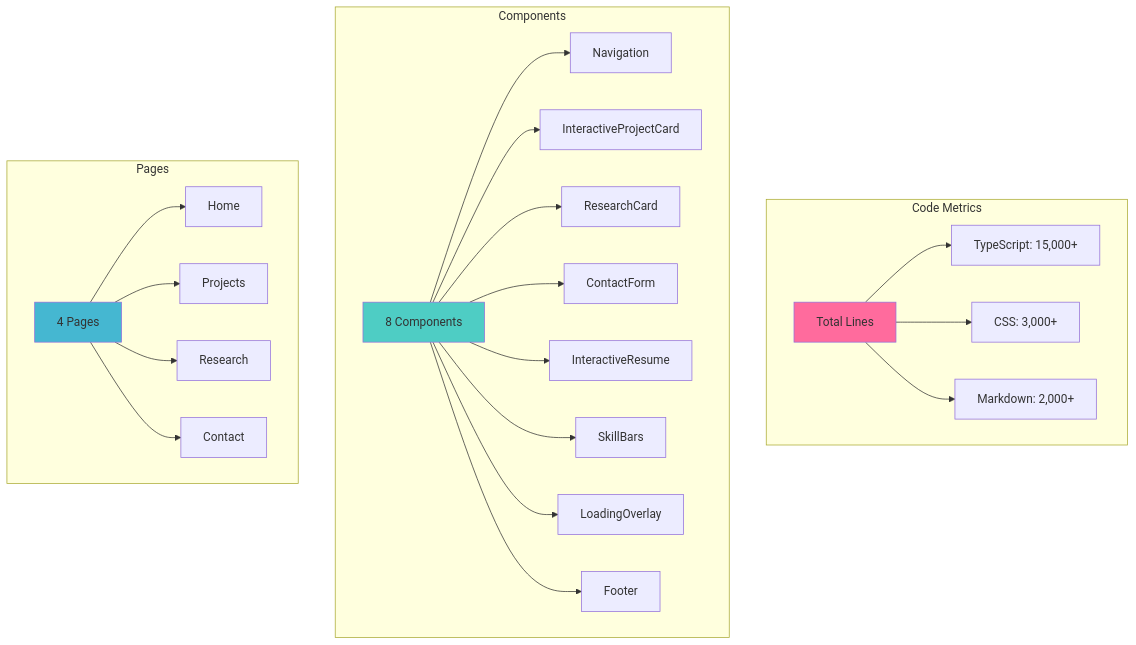
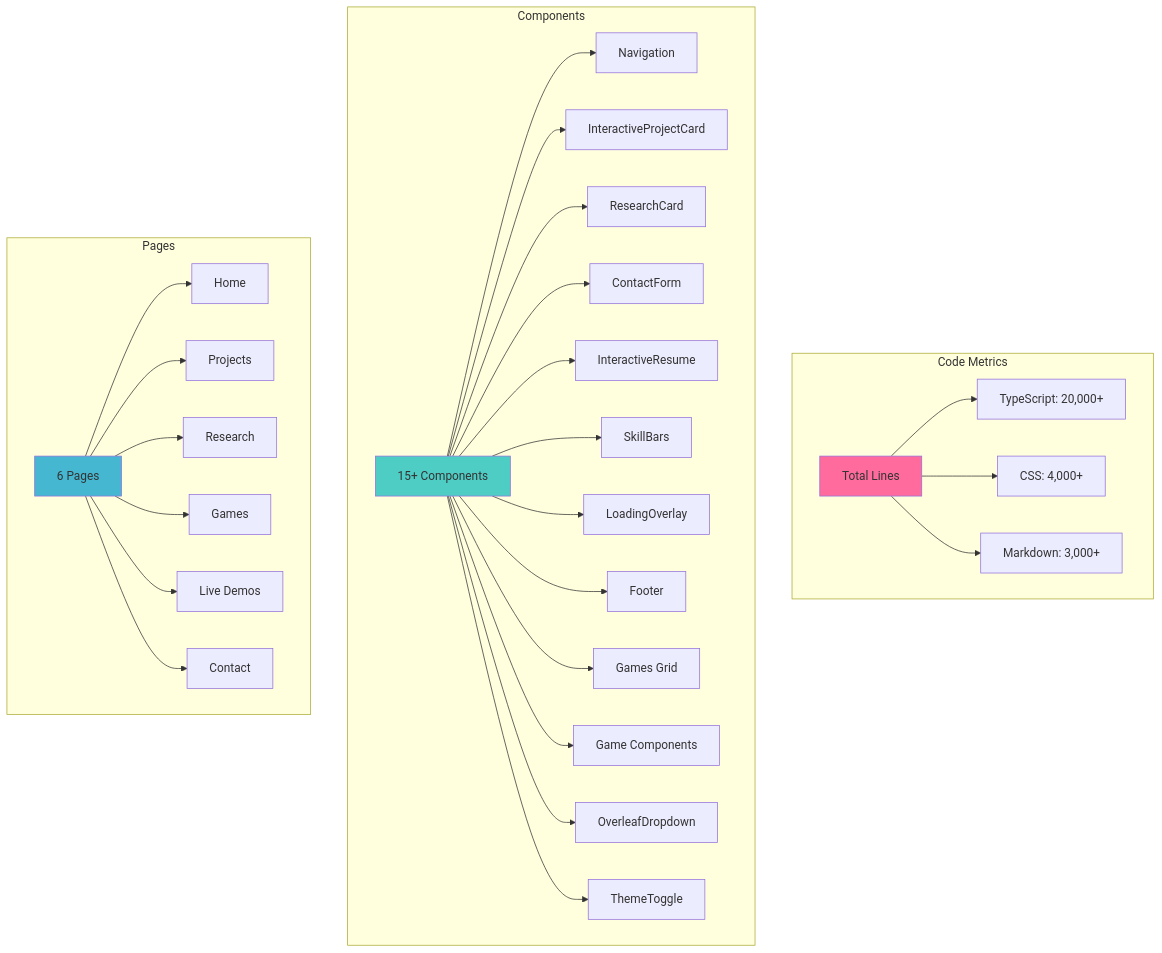
Before and after one commit to KleaSCM/klea-dev: the third of 3 diagrams in README.md, drawn with Mermaid. The commit also changed other lines of this file, not shown here.

````diff
--- a/README.md
+++ b/README.md
@@ -448,30 +485,36 @@
 ```mermaid
 graph TB
     subgraph "Code Metrics"
-        A[Total Lines] --> B[TypeScript: 15,000+]
-        A --> C[CSS: 3,000+]
-        A --> D[Markdown: 2,000+]
+        A[Total Lines] --> B[TypeScript: 20,000+]
+        A --> C[CSS: 4,000+]
+        A --> D[Markdown: 3,000+]
     end
     
     subgraph "Components"
-        E[8 Components] --> F[Navigation]
+        E[15+ Components] --> F[Navigation]
         E --> G[InteractiveProjectCard]
         E --> H[ResearchCard]
         E --> I[ContactForm]
         E --> J[InteractiveResume]
         E --> K[SkillBars]
         E --> L[LoadingOverlay]
         E --> M[Footer]
+        E --> N[Games Grid]
+        E --> O[Game Components]
+        E --> P[OverleafDropdown]
+        E --> Q[ThemeToggle]
     end
     
     subgraph "Pages"
-        N[4 Pages] --> O[Home]
-        N --> P[Projects]
-        N --> Q[Research]
-        N --> R[Contact]
+        R[6 Pages] --> S[Home]
+        R --> T[Projects]
+        R --> U[Research]
+        R --> V[Games]
+        R --> W[Live Demos]
+        R --> X[Contact]
     end
     
     style A fill:#ff6b9d
     style E fill:#4ecdc4
-    style N fill:#45b7d1
+    style R fill:#45b7d1
 ```
````
